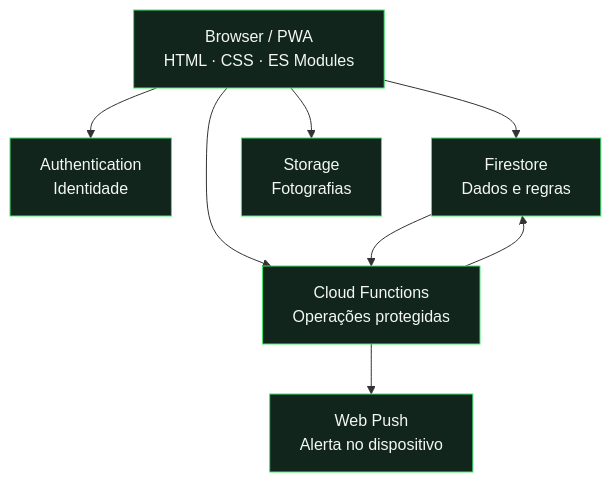
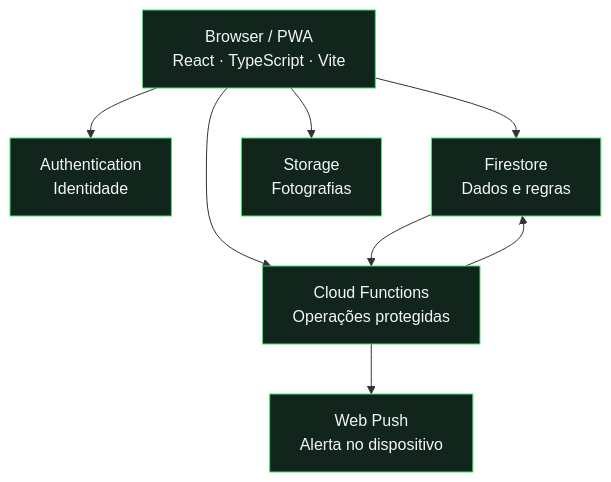
The first of 2 diagrams in docs/reference/architecture.md (MeguminKami/peladinhas-cards), drawn with Mermaid before and after one commit. The commit also changed other lines of this file and 2023 other files, not shown here.

````diff
--- a/docs/reference/architecture.md
+++ b/docs/reference/architecture.md
@@ -7,11 +7,11 @@
 ```mermaid
 flowchart TB
     classDef default fill:#11251d,stroke:#42e66c,color:#f4f7f5,stroke-width:1px;
-    A["Browser / PWA<br/>HTML · CSS · ES Modules"] --> B["Authentication<br/>Identidade"]
+    A["Browser / PWA<br/>React · TypeScript · Vite"] --> B["Authentication<br/>Identidade"]
     A --> C["Firestore<br/>Dados e regras"]
     A --> D["Storage<br/>Fotografias"]
     A --> E["Cloud Functions<br/>Operações protegidas"]
     C --> E
     E --> C
     E --> F["Web Push<br/>Alerta no dispositivo"]
 ```
````
